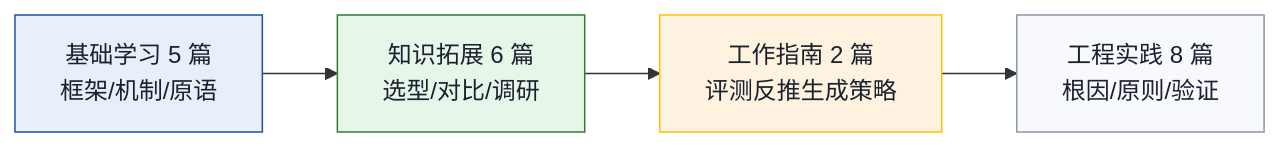
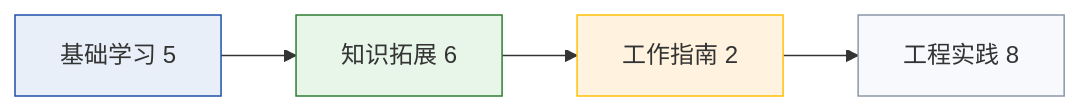
Diagram 11 of 13 in manuscript.md (int2t05/internship), drawn with Mermaid before and after one commit. The commit also changed other lines of this file and 12 other files, not shown here.

````diff
--- a/manuscript.md
+++ b/manuscript.md
@@ -475,14 +443,14 @@
 ```mermaid
 flowchart LR
-    A["基础学习 5 篇<br/>框架/机制/原语"] --> B["知识拓展 6 篇<br/>选型/对比/调研"]
-    B --> C["工作指南 2 篇<br/>评测反推生成策略"]
-    C --> D["工程实践 8 篇<br/>根因/原则/验证"]
-    classDef learn fill:#E8EFF8,stroke:#1E4FA8,color:#1A2230
-    classDef ext fill:#E8F5E9,stroke:#2E7D32,color:#1A2230
-    classDef guide fill:#FFF3E0,stroke:#FFC107,color:#1A2230
-    classDef prac fill:#F7F9FC,stroke:#8B97A8,color:#1A2230
+    A["基础学习 5"] --> B["知识拓展 6"]
+    B --> C["工作指南 2"]
+    C --> D["工程实践 8"]
+    classDef learn fill:#E8EFF8,stroke:#1E4FA8
+    classDef ext fill:#E8F5E9,stroke:#2E7D32
+    classDef guide fill:#FFF3E0,stroke:#FFC107
+    classDef prac fill:#F7F9FC,stroke:#8B97A8
     class A learn
     class B ext
     class C guide
     class D prac
 ```
````
